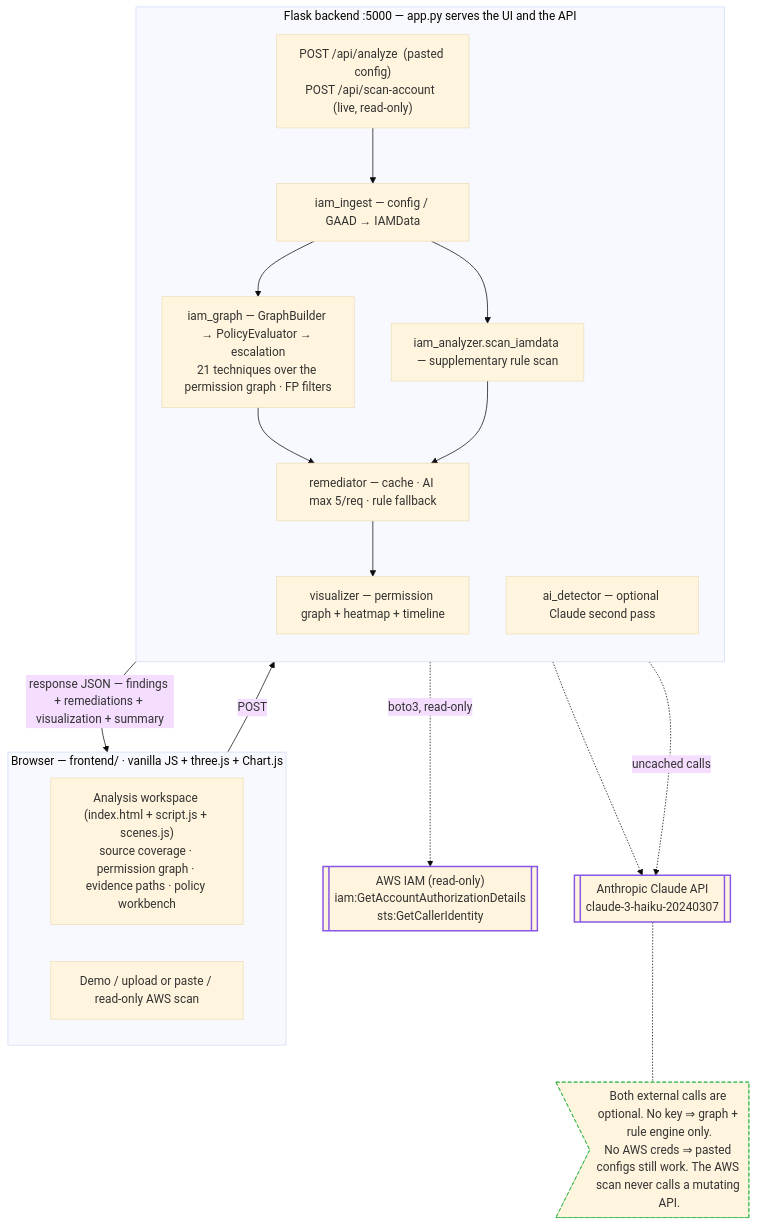
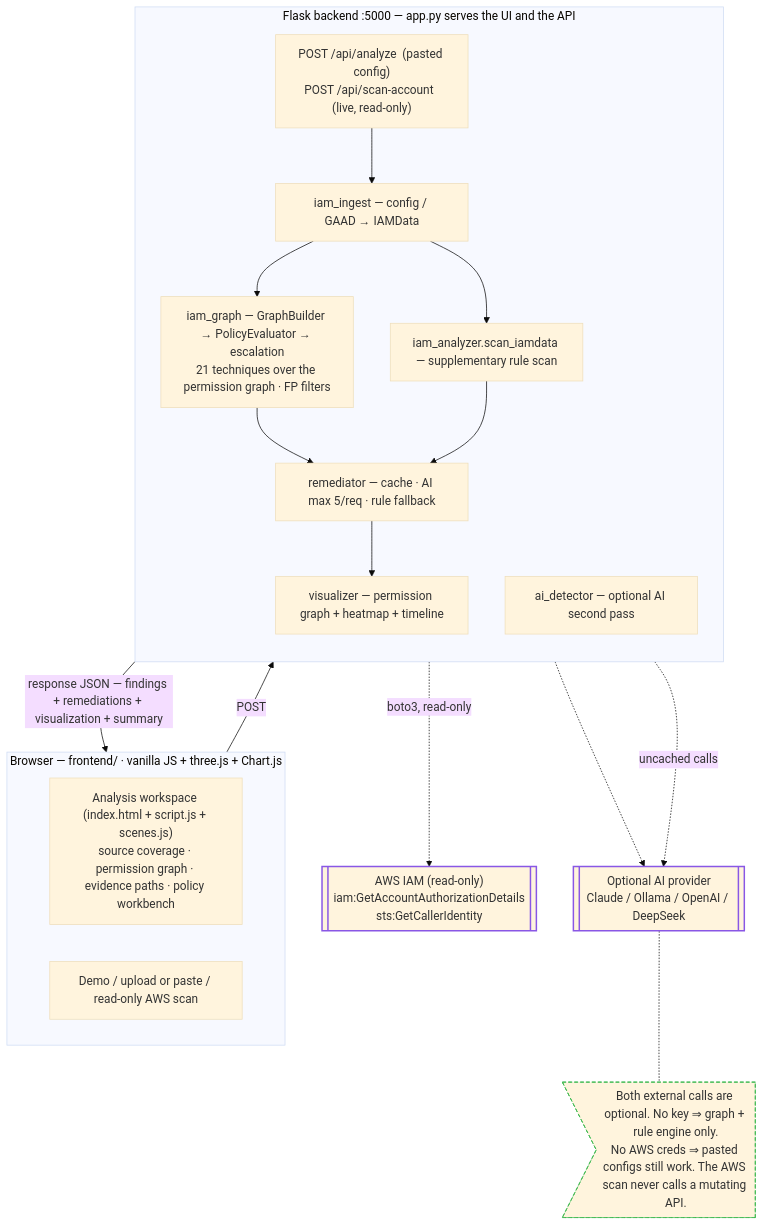
The diagram in README.md (adnannazirahmed/Winnow-1.1), drawn with Mermaid (base theme) before and after one commit. The commit also changed other lines of this file and 10 other files, not shown here.

````diff
--- a/README.md
+++ b/README.md
@@ -30,37 +30,37 @@
 ```mermaid
 flowchart TB
     subgraph browser["Browser — frontend/ · vanilla JS + three.js + Chart.js"]
         direction LR
         ui["Analysis workspace (index.html + script.js + scenes.js)<br/>source coverage · permission graph · evidence paths · policy workbench"]
         sources["Demo / upload or paste / read-only AWS scan"]
     end
 
     subgraph backend["Flask backend :5000 — app.py serves the UI and the API"]
         direction TB
         api["POST /api/analyze  (pasted config)<br/>POST /api/scan-account  (live, read-only)"]
         ingest["iam_ingest — config / GAAD → IAMData"]
         grapheng["iam_graph — GraphBuilder → PolicyEvaluator → escalation<br/>21 techniques over the permission graph · FP filters"]
         rules["iam_analyzer.scan_iamdata — supplementary rule scan"]
-        detector["ai_detector — optional Claude second pass"]
+        detector["ai_detector — optional AI second pass"]
         remediator["remediator — cache · AI max 5/req · rule fallback"]
         visualizer["visualizer — permission graph + heatmap + timeline"]
         api --> ingest --> grapheng --> remediator --> visualizer
         ingest --> rules --> remediator
     end
 
     aws[["AWS IAM (read-only)<br/>iam:GetAccountAuthorizationDetails<br/>sts:GetCallerIdentity"]]
-    claude[["Anthropic Claude API<br/>claude-3-haiku-20240307"]]
+    ai[["Optional AI provider<br/>Claude / Ollama / OpenAI / DeepSeek"]]
     note>"Both external calls are optional. No key ⇒ graph + rule engine only.<br/>No AWS creds ⇒ pasted configs still work. The AWS scan never calls a mutating API."]
 
     sources -->|"POST"| api
     visualizer -->|"response JSON — findings + remediations + visualization + summary"| ui
     api -.->|"boto3, read-only"| aws
-    detector -.-> claude
-    remediator -.->|"uncached calls"| claude
-    claude -.- note
+    detector -.-> ai
+    remediator -.->|"uncached calls"| ai
+    ai -.- note
 
     classDef external stroke:#8957e5,stroke-width:2px
     classDef muted stroke:#3fb950,stroke-width:1px,stroke-dasharray:5 3
-    class aws,claude external
+    class aws,ai external
     class note muted
 ```
````
